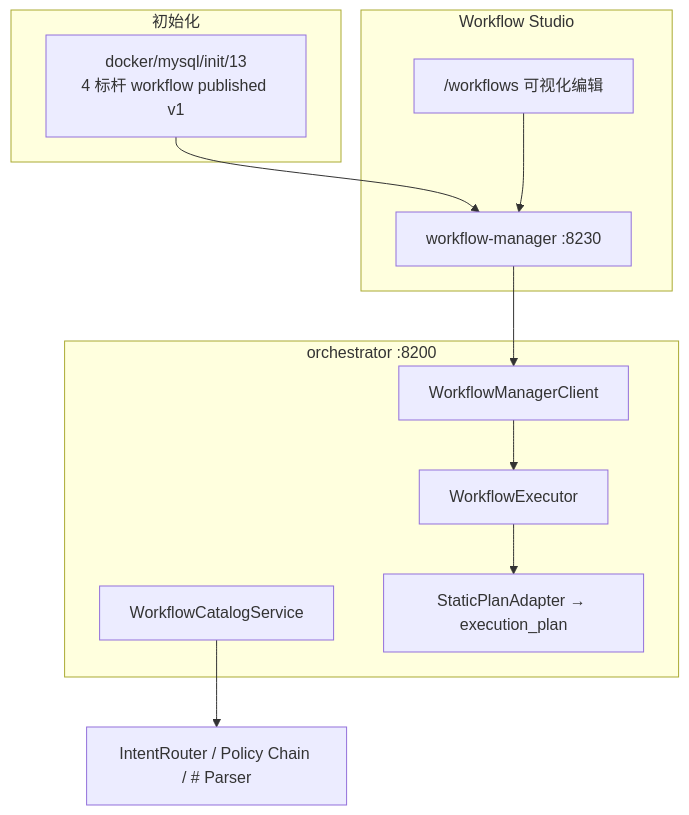
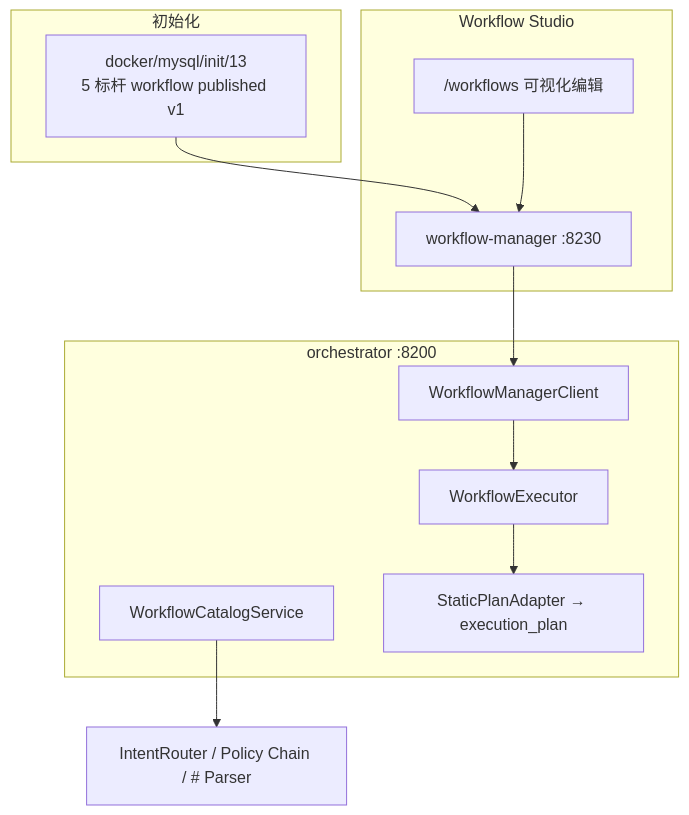
The diagram in docs/superpowers/specs/2026-06-25-workflow-studio-design.md (searchforsun/my-sunshine-agent), drawn with Mermaid before and after one commit. The commit also changed other lines of this file and 147 other files, not shown here.

````diff
--- a/docs/superpowers/specs/2026-06-25-workflow-studio-design.md
+++ b/docs/superpowers/specs/2026-06-25-workflow-studio-design.md
@@ -37,22 +38,22 @@
 ```mermaid
 flowchart TB
     subgraph init [初始化]
-        SEED["docker/mysql/init/13<br/>4 标杆 workflow published v1"]
+        SEED["docker/mysql/init/13<br/>5 标杆 workflow published v1"]
     end
     subgraph admin [Workflow Studio]
         UI["/workflows 可视化编辑"]
         WM[workflow-manager :8230]
     end
     subgraph orch [orchestrator :8200]
         WMC[WorkflowManagerClient]
         WC[WorkflowCatalogService]
         WE[WorkflowExecutor]
         SPA[StaticPlanAdapter → execution_plan]
     end
     SEED --> WM
     UI --> WM
     WM --> WMC
     WMC --> WE
     WC --> IR[IntentRouter / Policy Chain / # Parser]
     WE --> SPA
 ```
````
